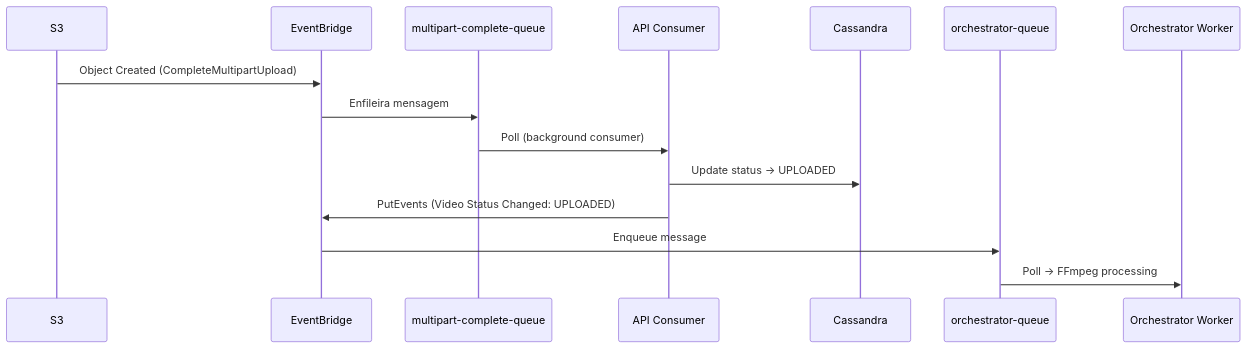
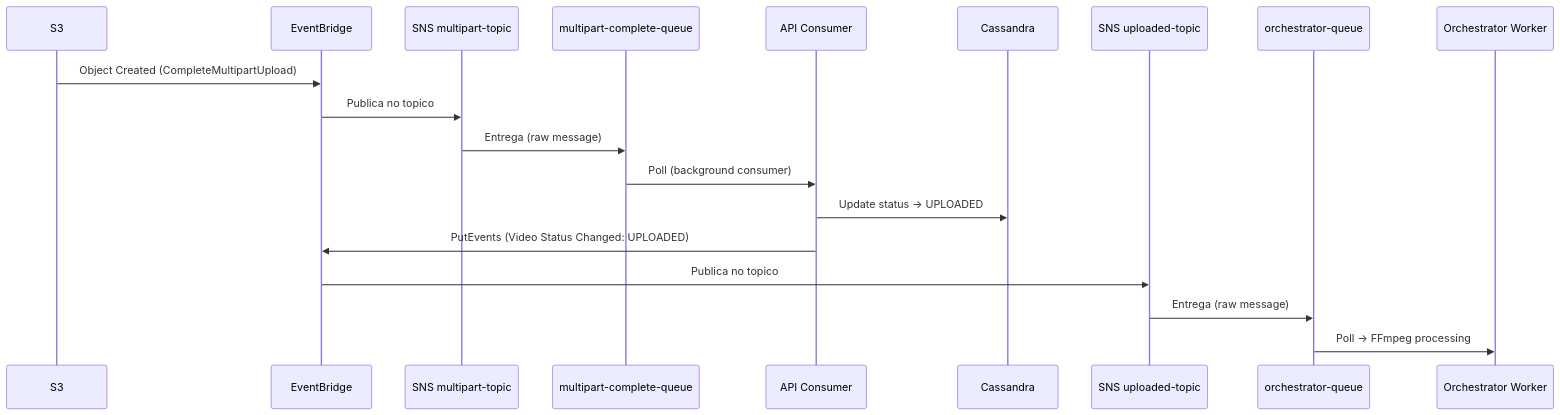
The diagram in docs/adrs/10.md (FreitasArao/fiap-image), drawn with Mermaid before and after one commit. The commit also changed other lines of this file and 42 other files, not shown here.

Commit message:
feat: Refactor video processing architecture to implement SNS for event fan-out, enhancing resilience and extensibility with SQS integration for multipart upload completion and video status updates

````diff
--- a/docs/adrs/10.md
+++ b/docs/adrs/10.md
@@ -41,18 +41,22 @@
 ```mermaid
 sequenceDiagram
     participant S3
     participant EB as EventBridge
+    participant SNS1 as SNS multipart-topic
     participant SQS as multipart-complete-queue
     participant API as API Consumer
     participant DB as Cassandra
+    participant SNS2 as SNS uploaded-topic
     participant SQS2 as orchestrator-queue
     participant OW as Orchestrator Worker
 
     S3->>EB: Object Created (CompleteMultipartUpload)
-    EB->>SQS: Enfileira mensagem
+    EB->>SNS1: Publica no topico
+    SNS1->>SQS: Entrega (raw message)
     SQS->>API: Poll (background consumer)
     API->>DB: Update status → UPLOADED
     API->>EB: PutEvents (Video Status Changed: UPLOADED)
-    EB->>SQS2: Enqueue message
+    EB->>SNS2: Publica no topico
+    SNS2->>SQS2: Entrega (raw message)
     SQS2->>OW: Poll → FFmpeg processing
 ```
````
